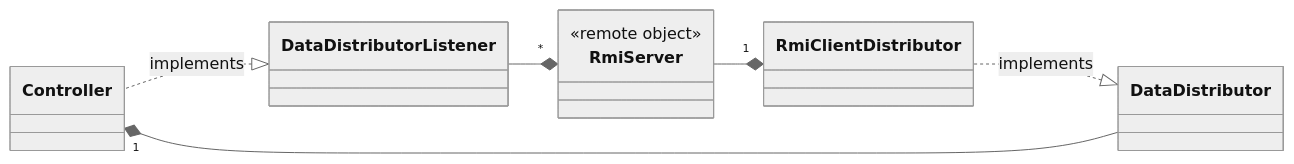
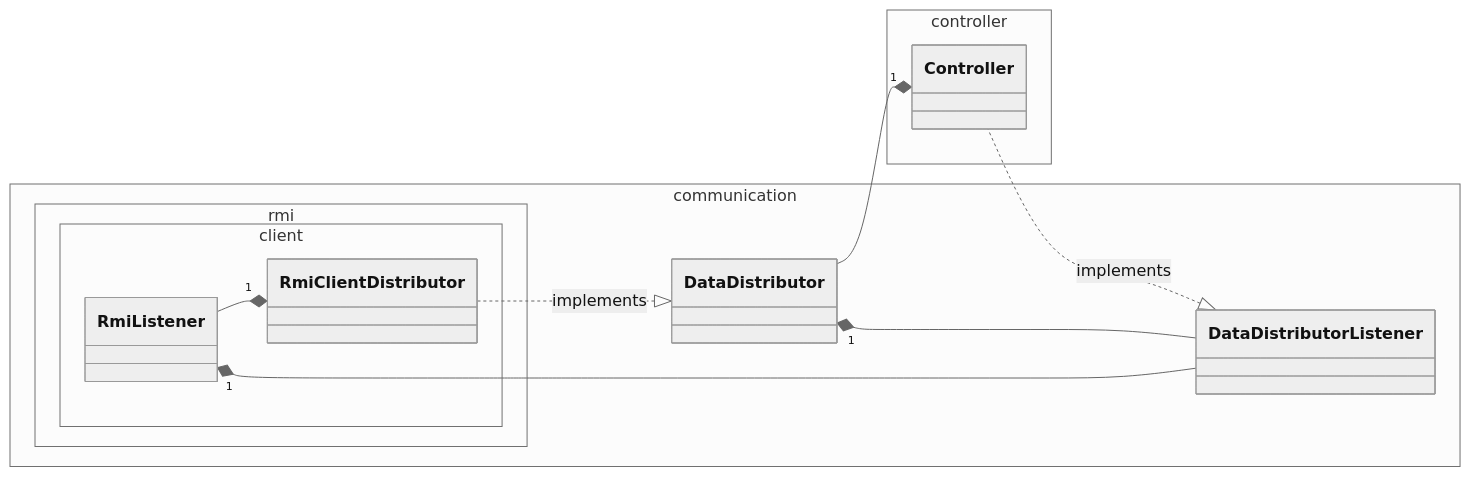
Before and after one commit to TeoV00/coop-sudoku-pcd: the sixth of 7 diagrams in README.md, drawn with Mermaid (neutral theme). The commit also changed other lines of this file and 1 other file, not shown here.

Commit message:
doc: update uml rmi

````diff
--- a/README.md
+++ b/README.md
@@ -370,14 +370,37 @@
 ```mermaid
 classDiagram
 direction RL
 
-DataDistributor <|.. RmiClientDistributor : implements
 DataDistributorListener <|.. Controller : implements
 Controller "1" *-- DataDistributor
-RmiClientDistributor "1" *-- RmiServer
-RmiServer "*" *-- DataDistributorListener
+DataDistributor "1" *-- DataDistributorListener
 
-class RmiServer {
-  <<remote object>>
+%% RMI Implementation classes
+DataDistributor <|.. RmiClientDistributor : implements
+RmiClientDistributor "1" *-- RmiListener
+
+RmiListener "1" *-- DataDistributorListener
+
+namespace controller {
+  class Controller {
+  }
 }
+
+namespace communication {
+  class DataDistributor {
+  }
+  
+  class DataDistributorListener {
+  }
+}
+
+namespace communication.rmi.client {
+  class RmiClientDistributor {
+  }
+  
+  class RmiListener {
+  }
+}
+
+
 ```
````
